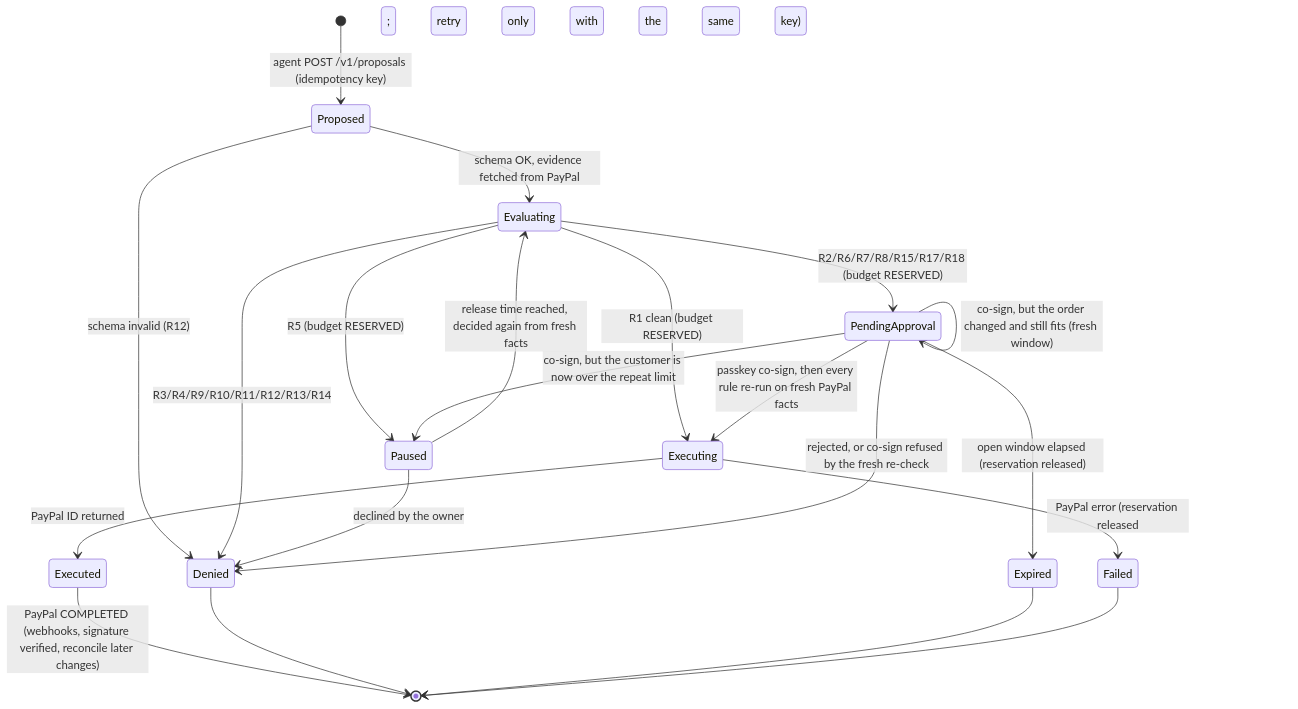
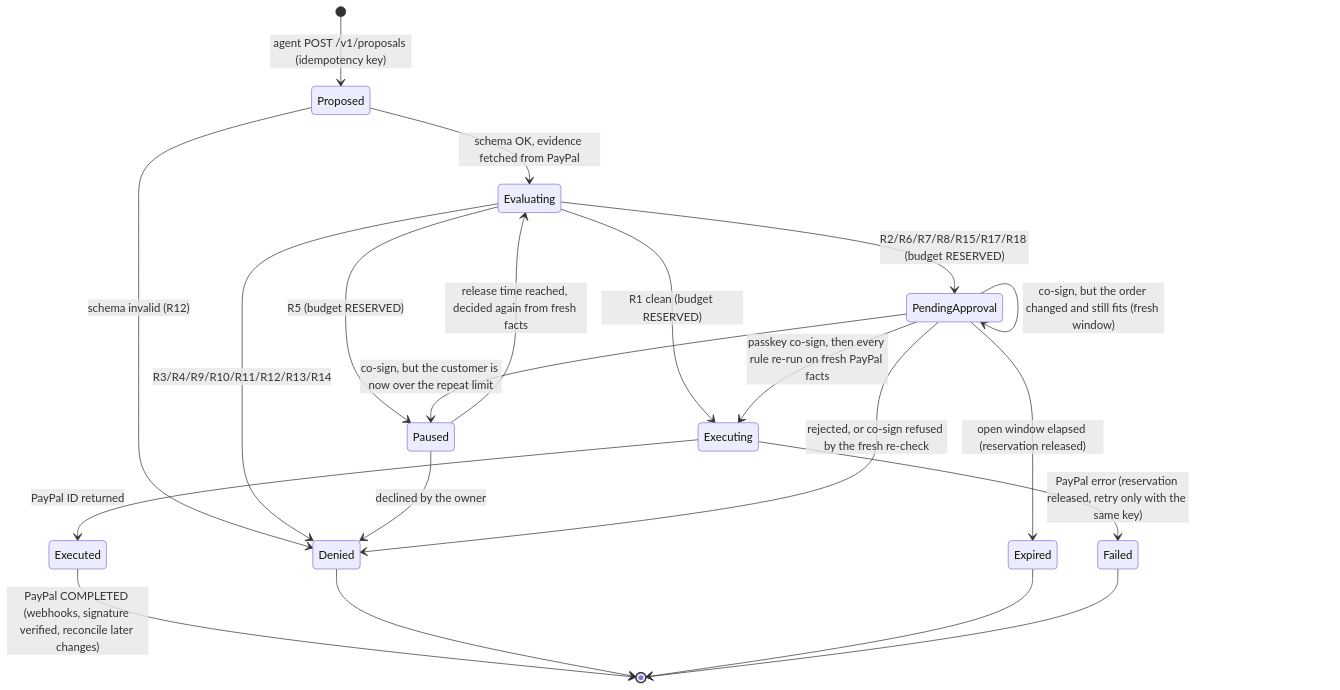
One commit to VIKAS9793/AgentCoSign changed the third of 3 diagrams in docs/ARCHITECTURE.md. Above: the diagram before and after it, drawn with Mermaid. The commit also changed other lines of this file and 1 other file, not shown here.

First line of the commit message:
docs(architecture): fix the diagrams GitHub could not draw

````diff
--- a/docs/ARCHITECTURE.md
+++ b/docs/ARCHITECTURE.md
@@ -85,23 +85,23 @@
 ```mermaid
 stateDiagram-v2
     [*] --> Proposed: agent POST /v1/proposals (idempotency key)
     Proposed --> Evaluating: schema OK, evidence fetched from PayPal
     Proposed --> Denied: schema invalid (R12)
     Evaluating --> Denied: R3/R4/R9/R10/R11/R12/R13/R14
     Evaluating --> PendingApproval: R2/R6/R7/R8/R15/R17/R18 (budget RESERVED)
     Evaluating --> Paused: R5 (budget RESERVED)
     Paused --> Evaluating: release time reached, decided again from fresh facts
     Paused --> Denied: declined by the owner
     Evaluating --> Executing: R1 clean (budget RESERVED)
     PendingApproval --> Executing: passkey co-sign, then every rule re-run on fresh PayPal facts
     PendingApproval --> PendingApproval: co-sign, but the order changed and still fits (fresh window)
     PendingApproval --> Denied: rejected, or co-sign refused by the fresh re-check
     PendingApproval --> Paused: co-sign, but the customer is now over the repeat limit
     PendingApproval --> Expired: open window elapsed (reservation released)
     Executing --> Executed: PayPal ID returned
-    Executing --> Failed: PayPal error (reservation released; retry only with the same key)
+    Executing --> Failed: PayPal error (reservation released, retry only with the same key)
     Executed --> [*]: PayPal COMPLETED (webhooks, signature verified, reconcile later changes)
     Denied --> [*]
     Expired --> [*]
     Failed --> [*]
 ```
````
